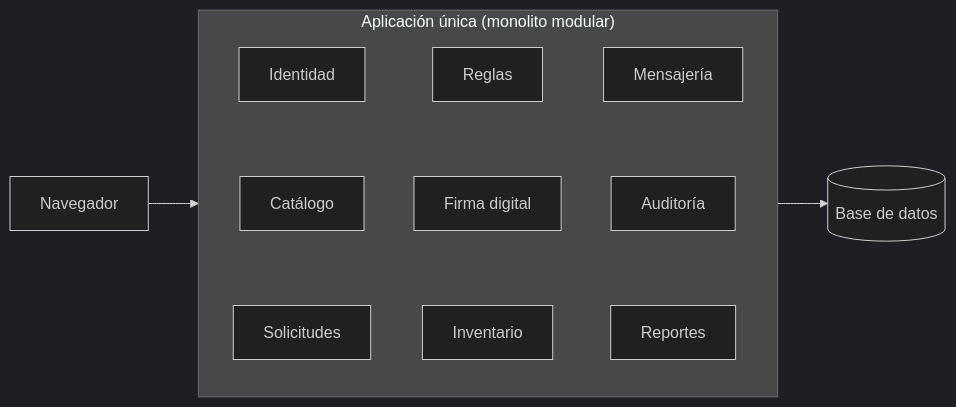
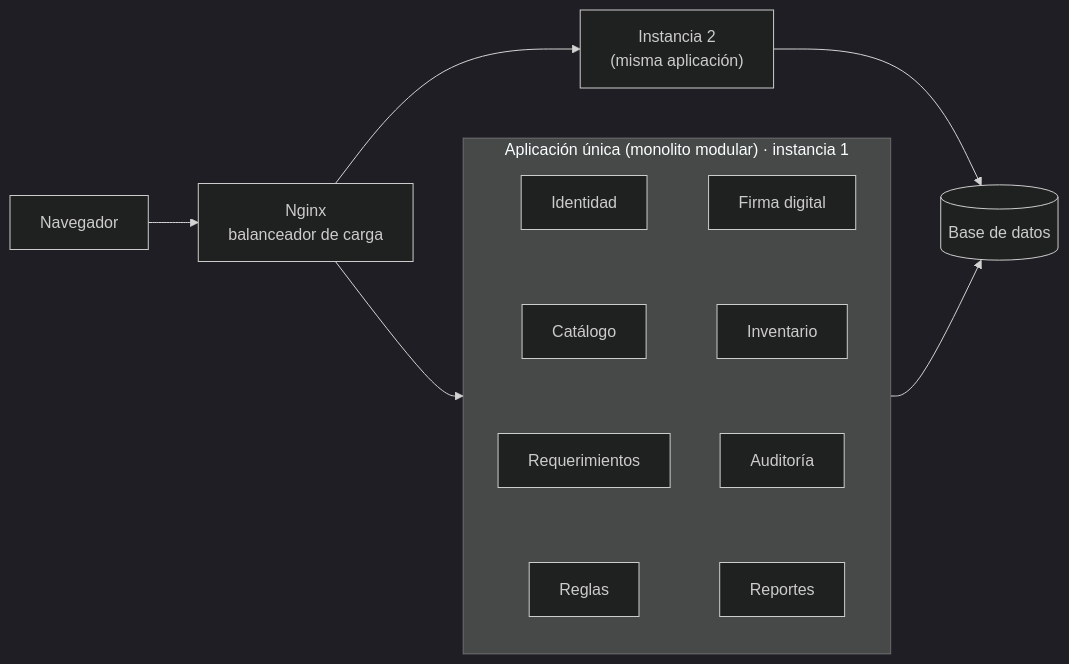
The diagram in docs/02-arquitectura-software/estilo-arquitectonico.md (gabito029/SGA-arquitSoft-02), drawn with Mermaid (dark theme) before and after one commit. The commit also changed other lines of this file, not shown here.

Commit message:
docs: actualizar estilo arquitectónico con ocho módulos y escalamiento

````diff
--- a/docs/02-arquitectura-software/estilo-arquitectonico.md
+++ b/docs/02-arquitectura-software/estilo-arquitectonico.md
@@ -13,13 +14,15 @@
 ```mermaid
 flowchart LR
-    Navegador["Navegador"] --> App
+    Navegador["Navegador"] --> Nginx["Nginx<br/>balanceador de carga"]
+    Nginx --> App
+    Nginx --> App2["Instancia 2<br/>(misma aplicación)"]
 
-    subgraph App["Aplicación única (monolito modular)"]
+    subgraph App["Aplicación única (monolito modular) · instancia 1"]
         direction TB
-        M1["Identidad"] ~~~ M2["Catálogo"] ~~~ M3["Solicitudes"]
-        M4["Reglas"] ~~~ M5["Firma digital"] ~~~ M6["Inventario"]
-        M7["Mensajería"] ~~~ M8["Auditoría"] ~~~ M9["Reportes"]
+        M1["Identidad"] ~~~ M2["Catálogo"] ~~~ M3["Requerimientos"] ~~~ M4["Reglas"]
+        M5["Firma digital"] ~~~ M6["Inventario"] ~~~ M7["Auditoría"] ~~~ M8["Reportes"]
     end
 
     App --> BD[("Base de datos")]
+    App2 --> BD
 ```
````
